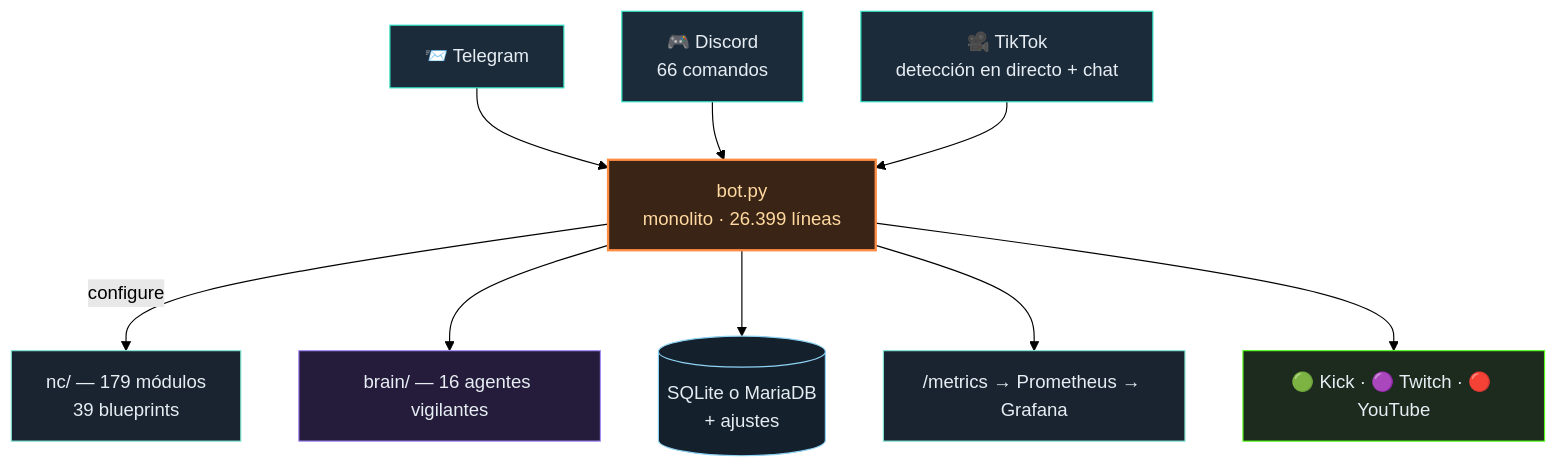
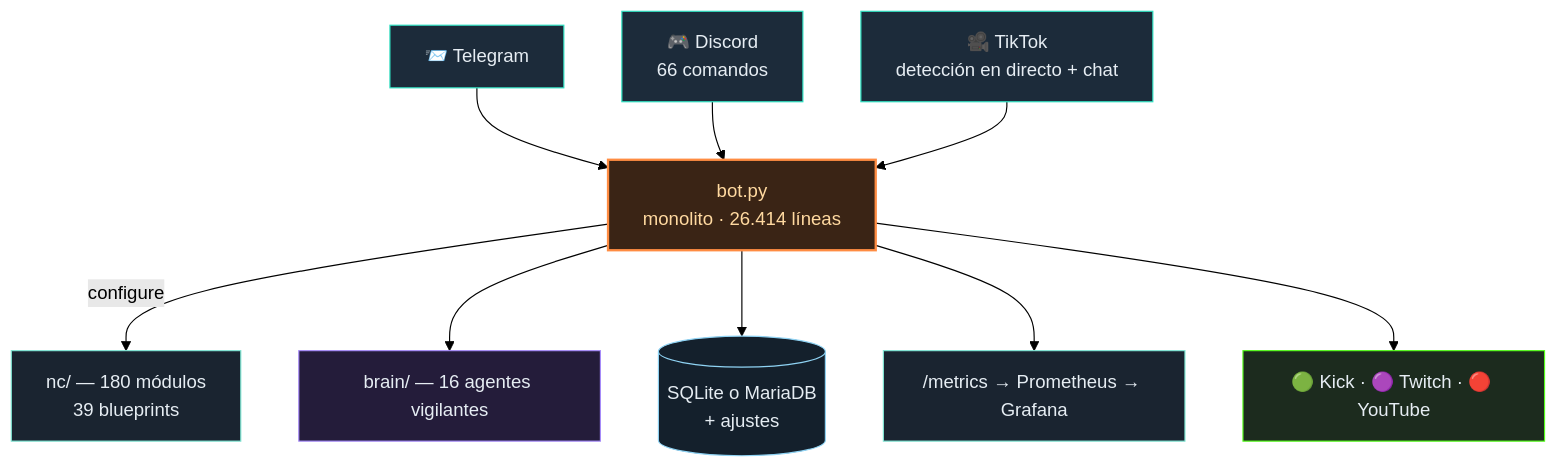
Before and after one commit to itsamemedev/Telegram-Stream-Info-Bot: the diagram in README.es.md, drawn with Mermaid (forest theme). The commit also changed other lines of this file and 18 other files, not shown here.

````diff
--- a/README.es.md
+++ b/README.es.md
@@ -64,18 +64,18 @@
 ```mermaid
 flowchart TB
     TG["📨 Telegram"]:::ein --> BOT
     DC["🎮 Discord<br/>66 comandos"]:::ein --> BOT
     TT["🎥 TikTok<br/>detección en directo + chat"]:::ein --> BOT
-    BOT["bot.py<br/>monolito · 26.399 líneas"]:::core
-    BOT -->|configure| NC["nc/ — 179 módulos<br/>39 blueprints"]:::lib
+    BOT["bot.py<br/>monolito · 26.414 líneas"]:::core
+    BOT -->|configure| NC["nc/ — 180 módulos<br/>39 blueprints"]:::lib
     BOT --> BRAIN["brain/ — 16 agentes vigilantes"]:::brain
     BOT --> DB[("SQLite o MariaDB<br/>+ ajustes")]:::db
     BOT --> PROM["/metrics → Prometheus → Grafana"]:::lib
     BOT --> OUT["🟢 Kick · 🟣 Twitch · 🔴 YouTube"]:::out
     classDef ein fill:#1c2b3a,stroke:#2de1c2,color:#e6edf3
     classDef core fill:#3a2415,stroke:#ff8c42,stroke-width:2px,color:#ffd9a0
     classDef lib fill:#1a2430,stroke:#7fe7d4,color:#e6edf3
     classDef brain fill:#241c3a,stroke:#a78bfa,color:#e6edf3
     classDef db fill:#14202c,stroke:#8fd3f4,color:#e6edf3
     classDef out fill:#1c2b1e,stroke:#53fc18,color:#e6edf3
 ```
````
